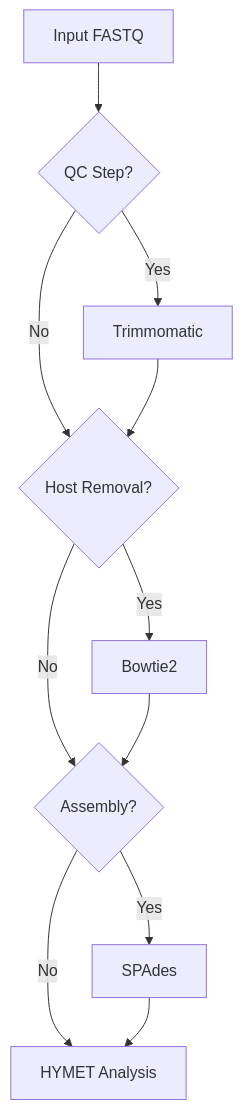
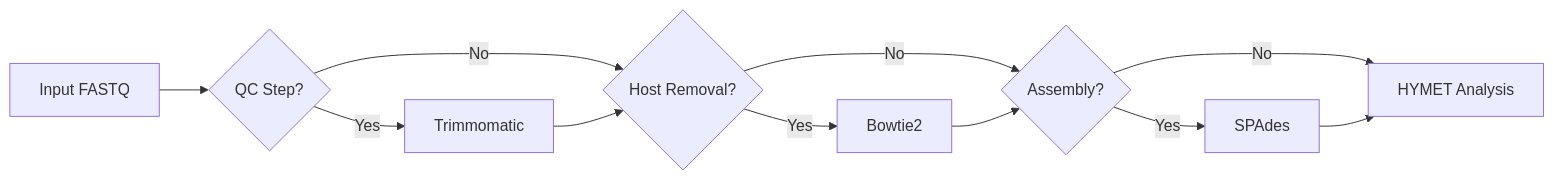
Before and after one commit to inesbmartins02/hymet-docs: the diagram in integratedpipeline.md, drawn with Mermaid.

````diff
--- a/integratedpipeline.md
+++ b/integratedpipeline.md
@@ -19,13 +19,13 @@
 ```mermaid
-graph TD
+graph LR
     A[Input FASTQ] --> B{QC Step?}
     B -->|Yes| C[Trimmomatic]
     B -->|No| D{Host Removal?}
     C --> D
     D -->|Yes| E[Bowtie2]
     D -->|No| F{Assembly?}
     E --> F
     F -->|Yes| G[SPAdes]
     F -->|No| H[HYMET Analysis]
     G --> H
 ```
````
